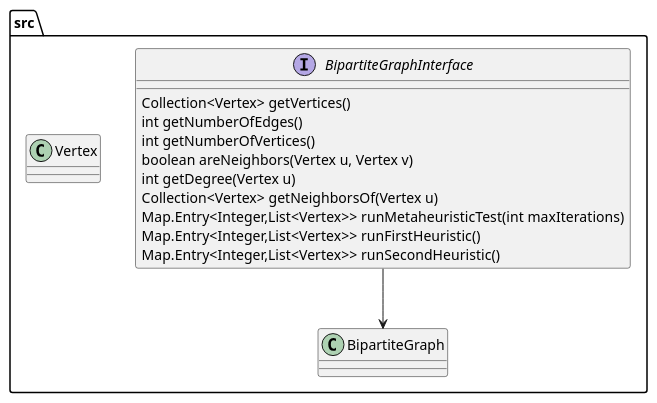
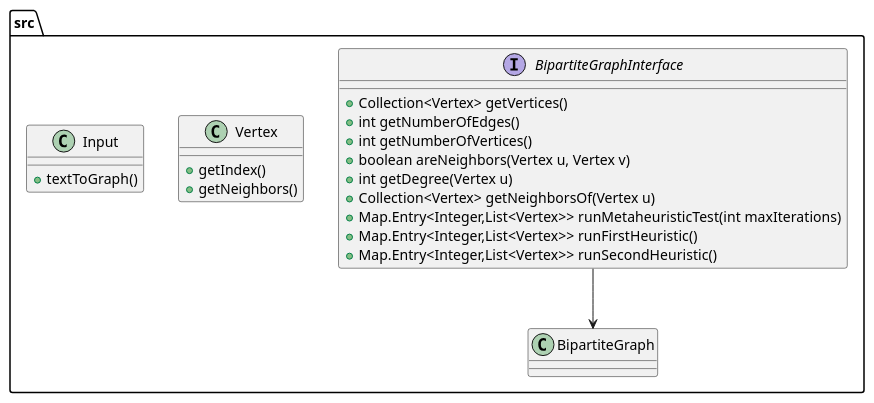
The diagram in BDP.puml (FlorDM7/GA-BDP), drawn with PlantUML before and after one commit. The commit also changed other lines of this file and 5 other files, not shown here.

```diff
--- a/BDP.puml
+++ b/BDP.puml
@@ -1,25 +1,32 @@
 @startuml
 'https://plantuml.com/class-diagram
 package src {
 
 interface BipartiteGraphInterface {
-    Collection<Vertex> getVertices()
-    int getNumberOfEdges()
-    int getNumberOfVertices()
-    boolean areNeighbors(Vertex u, Vertex v)
-    int getDegree(Vertex u)
-    Collection<Vertex> getNeighborsOf(Vertex u)
-    Map.Entry<Integer,List<Vertex>> runMetaheuristicTest(int maxIterations)
-    Map.Entry<Integer,List<Vertex>> runFirstHeuristic()
-    Map.Entry<Integer,List<Vertex>> runSecondHeuristic()
+    + Collection<Vertex> getVertices()
+    + int getNumberOfEdges()
+    + int getNumberOfVertices()
+    + boolean areNeighbors(Vertex u, Vertex v)
+    + int getDegree(Vertex u)
+    + Collection<Vertex> getNeighborsOf(Vertex u)
+    + Map.Entry<Integer,List<Vertex>> runMetaheuristicTest(int maxIterations)
+    + Map.Entry<Integer,List<Vertex>> runFirstHeuristic()
+    + Map.Entry<Integer,List<Vertex>> runSecondHeuristic()
 }
 
 class BipartiteGraph {
 }
 
-class Vertex
+class Vertex {
+    + getIndex()
+    + getNeighbors()
+}
+
+class Input {
+    + textToGraph()
+}
 
 BipartiteGraphInterface --> BipartiteGraph
 
 }
 @enduml
```
